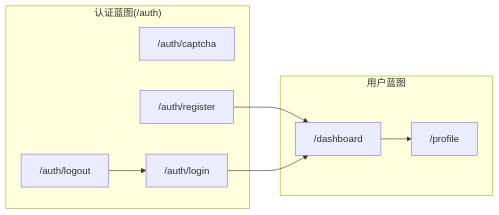
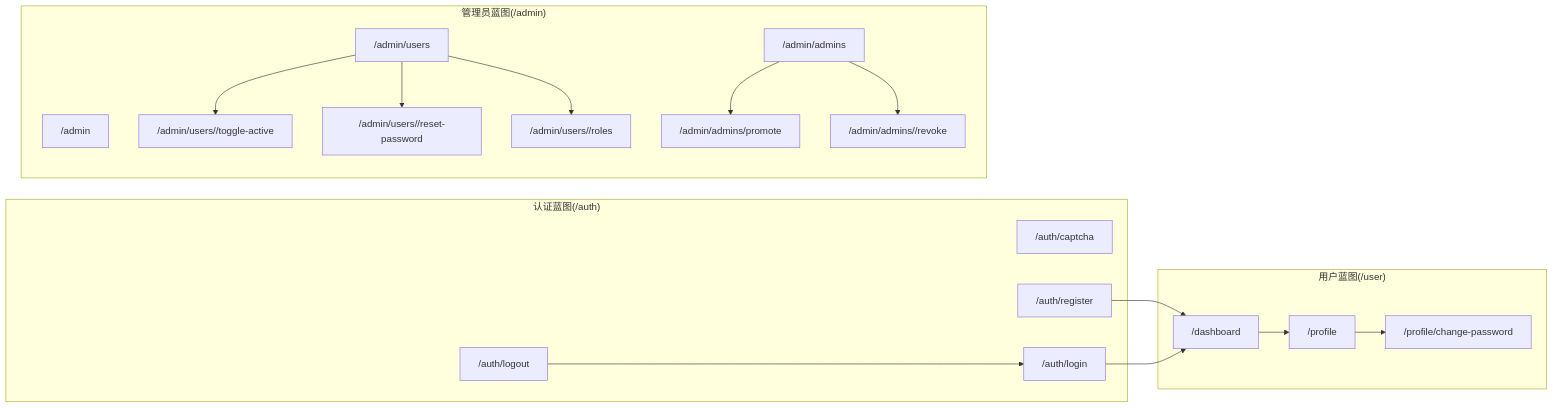
The ninth of 10 diagrams in .qoder/repowiki/zh/content/核心模块/用户系统模块/用户系统模块.md (beyondalbert/my_wiki), drawn with Mermaid before and after one commit. The commit also changed other lines of this file and 11 other files, not shown here.

````diff
--- a/.qoder/repowiki/zh/content/核心模块/用户系统模块/用户系统模块.md
+++ b/.qoder/repowiki/zh/content/核心模块/用户系统模块/用户系统模块.md
@@ -333,17 +416,34 @@
 ```mermaid
 graph LR
 subgraph "认证蓝图(/auth)"
 C["/auth/captcha"]
 R["/auth/register"]
 L["/auth/login"]
 O["/auth/logout"]
 end
-subgraph "用户蓝图"
+subgraph "用户蓝图(/user)"
 D["/dashboard"]
 P["/profile"]
+CP["/profile/change-password"]
+end
+subgraph "管理员蓝图(/admin)"
+A["/admin"]
+AU["/admin/users"]
+AT["/admin/users/<user_id>/toggle-active"]
+AR["/admin/users/<user_id>/reset-password"]
+ARoles["/admin/users/<user_id>/roles"]
+AA["/admin/admins"]
+AP["/admin/admins/promote"]
+ARv["/admin/admins/<user_id>/revoke"]
 end
 R --> D
 L --> D
 O --> L
 D --> P
+P --> CP
+AU --> AT
+AU --> AR
+AU --> ARoles
+AA --> AP
+AA --> ARv
 ```
````
